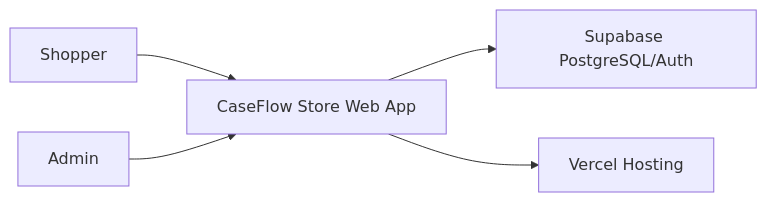
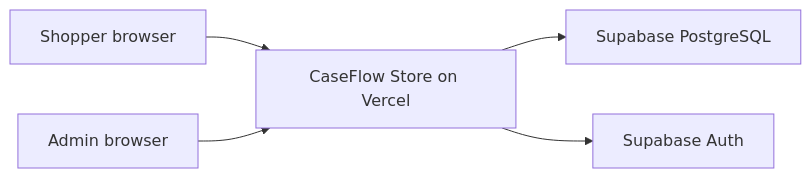
Before and after one commit to NVTruong473/caseflow-store: the first of 2 diagrams in caseflow-store/docs/architecture.md, drawn with Mermaid. The commit also changed other lines of this file and 47 other files, not shown here.

Commit message:
chore: prepare CaseFlow Store v1.0.0

````diff
--- a/caseflow-store/docs/architecture.md
+++ b/caseflow-store/docs/architecture.md
@@ -23,7 +12,13 @@
 ```mermaid
 flowchart LR
-  Shopper["Shopper"] --> Web["CaseFlow Store Web App"]
-  Admin["Admin"] --> Web
-  Web --> Supabase["Supabase PostgreSQL/Auth"]
-  Web --> Vercel["Vercel Hosting"]
+  Shopper["Shopper browser"]
+  Admin["Admin browser"]
+  App["CaseFlow Store on Vercel"]
+  Database["Supabase PostgreSQL"]
+  Auth["Supabase Auth"]
+
+  Shopper --> App
+  Admin --> App
+  App --> Database
+  App --> Auth
 ```
````
